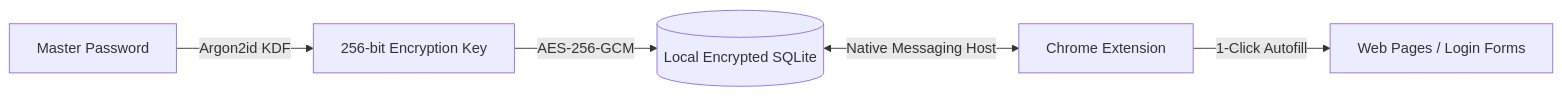
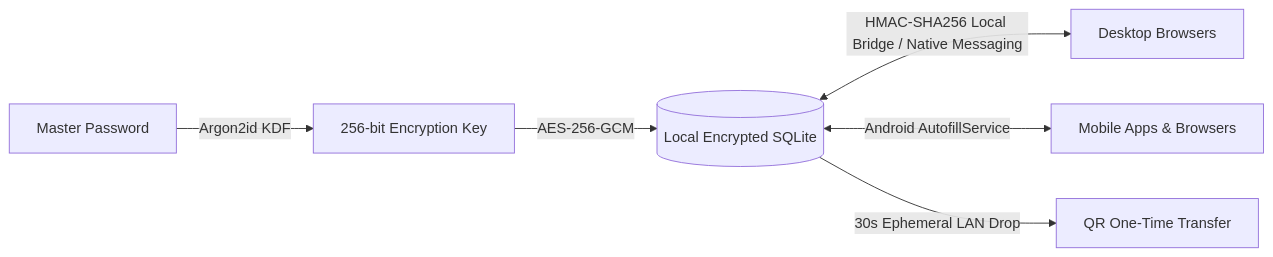
The diagram in README.md (Francesyk/Vaulty-Installer), drawn with Mermaid before and after one commit. The commit also changed other lines of this file and 2 other files, not shown here.

````diff
--- a/README.md
+++ b/README.md
@@ -54,7 +49,8 @@
 ```mermaid
 flowchart LR
     A[Master Password] -->|Argon2id KDF| B[256-bit Encryption Key]
     B -->|AES-256-GCM| C[(Local Encrypted SQLite)]
-    C <-->|Native Messaging Host| D[Chrome Extension]
-    D -->|1-Click Autofill| E[Web Pages / Login Forms]
+    C <-->|HMAC-SHA256 Local Bridge / Native Messaging| D[Desktop Browsers]
+    C <-->|Android AutofillService| E[Mobile Apps & Browsers]
+    C -->|30s Ephemeral LAN Drop| F[QR One-Time Transfer]
 ```
````
